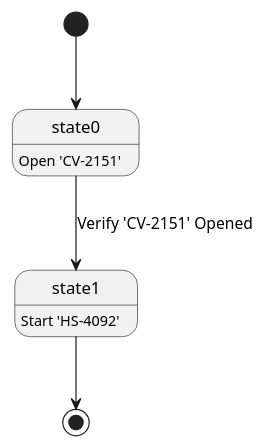
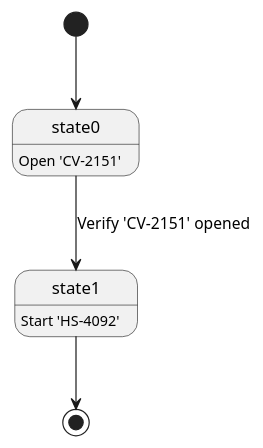
One commit to mekcrab/Solvay_test changed the diagram in specs/vpeng/AttrTest_0.0.puml. Above: the diagram before and after it, drawn with PlantUML. The commit also changed 3 other files, not shown here.

```diff
--- a/specs/vpeng/AttrTest_0.0.puml
+++ b/specs/vpeng/AttrTest_0.0.puml
@@ -1,9 +1,9 @@
 @startuml
 
 [*] --> state0
 state0: Open 'CV-2151'
-state0 --> state1: Verify 'CV-2151' Opened
+state0 --> state1: Verify 'CV-2151' opened
 state1: Start 'HS-4092'
 state1 --> [*]
 
 @enduml
```
